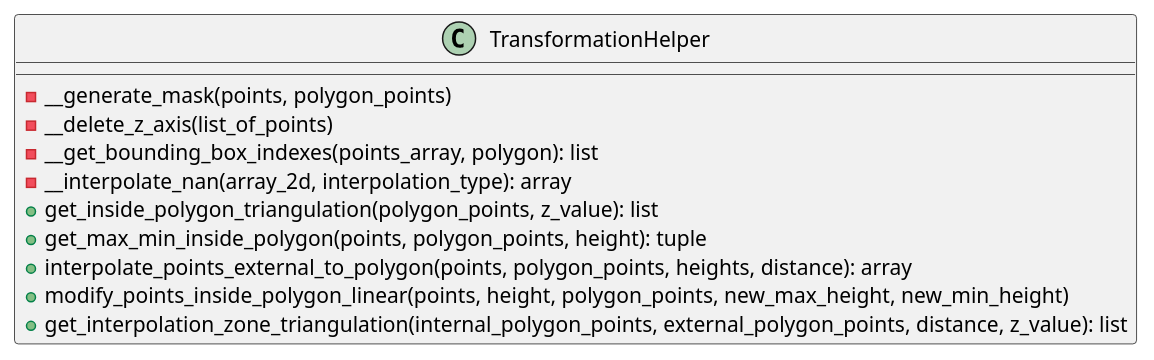
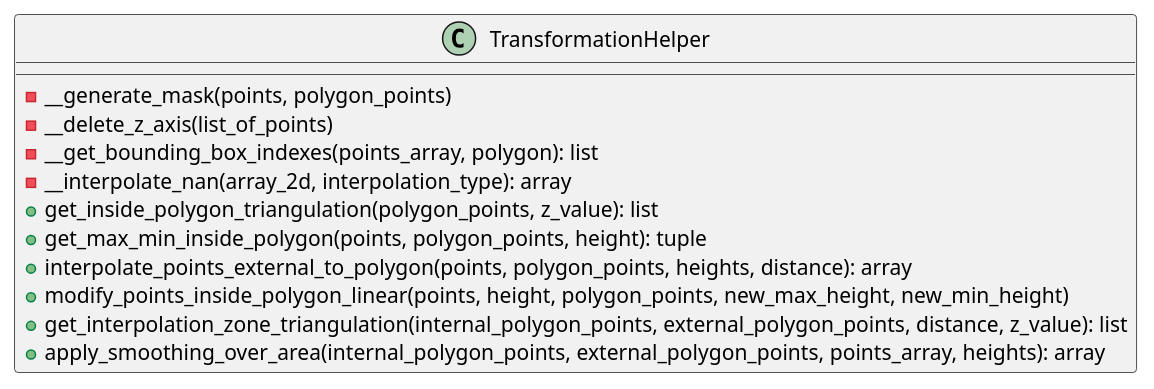
The diagram in docs/classes/TransformationHelper.puml (ferpoble2/Relief_Creator), drawn with PlantUML before and after one commit. The commit also changed 8 other files, not shown here.

First line of the commit message:
Added smoothing algorith to the program. must have a polygon.

```diff
--- a/docs/classes/TransformationHelper.puml
+++ b/docs/classes/TransformationHelper.puml
@@ -1,17 +1,18 @@
 @startuml
 'https://plantuml.com/class-diagram
 
 class TransformationHelper {
 
     - __generate_mask(points, polygon_points)
     - __delete_z_axis(list_of_points)
     - __get_bounding_box_indexes(points_array, polygon): list
     - __interpolate_nan(array_2d, interpolation_type): array
     + get_inside_polygon_triangulation(polygon_points, z_value): list
     + get_max_min_inside_polygon(points, polygon_points, height): tuple
     + interpolate_points_external_to_polygon(points, polygon_points, heights, distance): array
     + modify_points_inside_polygon_linear(points, height, polygon_points, new_max_height, new_min_height)
     + get_interpolation_zone_triangulation(internal_polygon_points, external_polygon_points, distance, z_value): list
+    + apply_smoothing_over_area(internal_polygon_points, external_polygon_points, points_array, heights): array
 }
 
 @enduml
```
